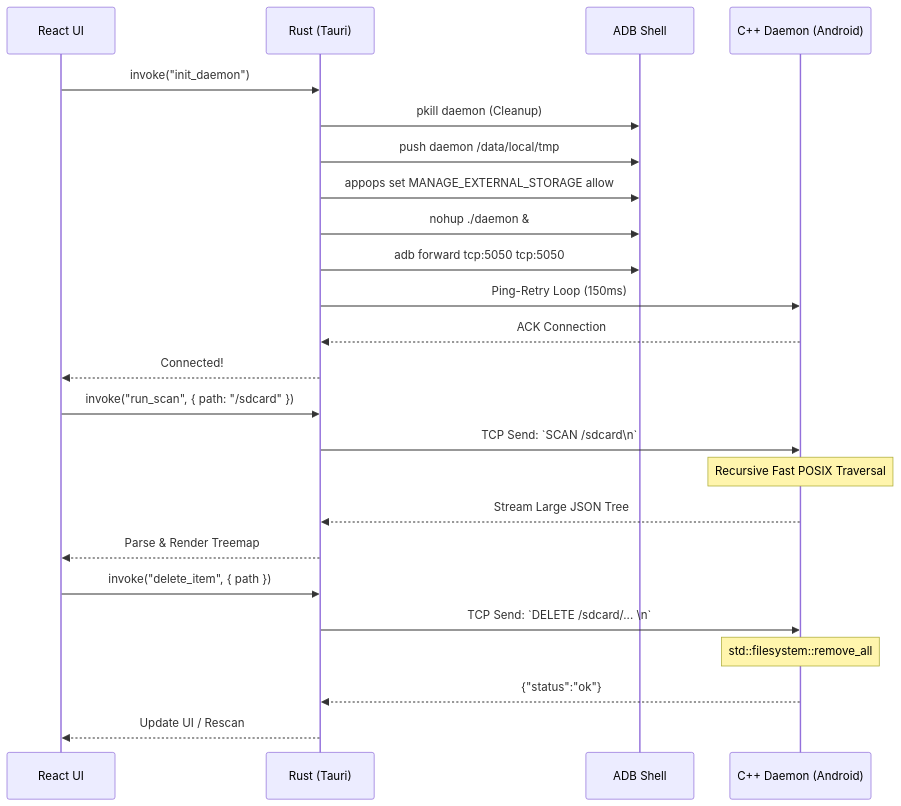
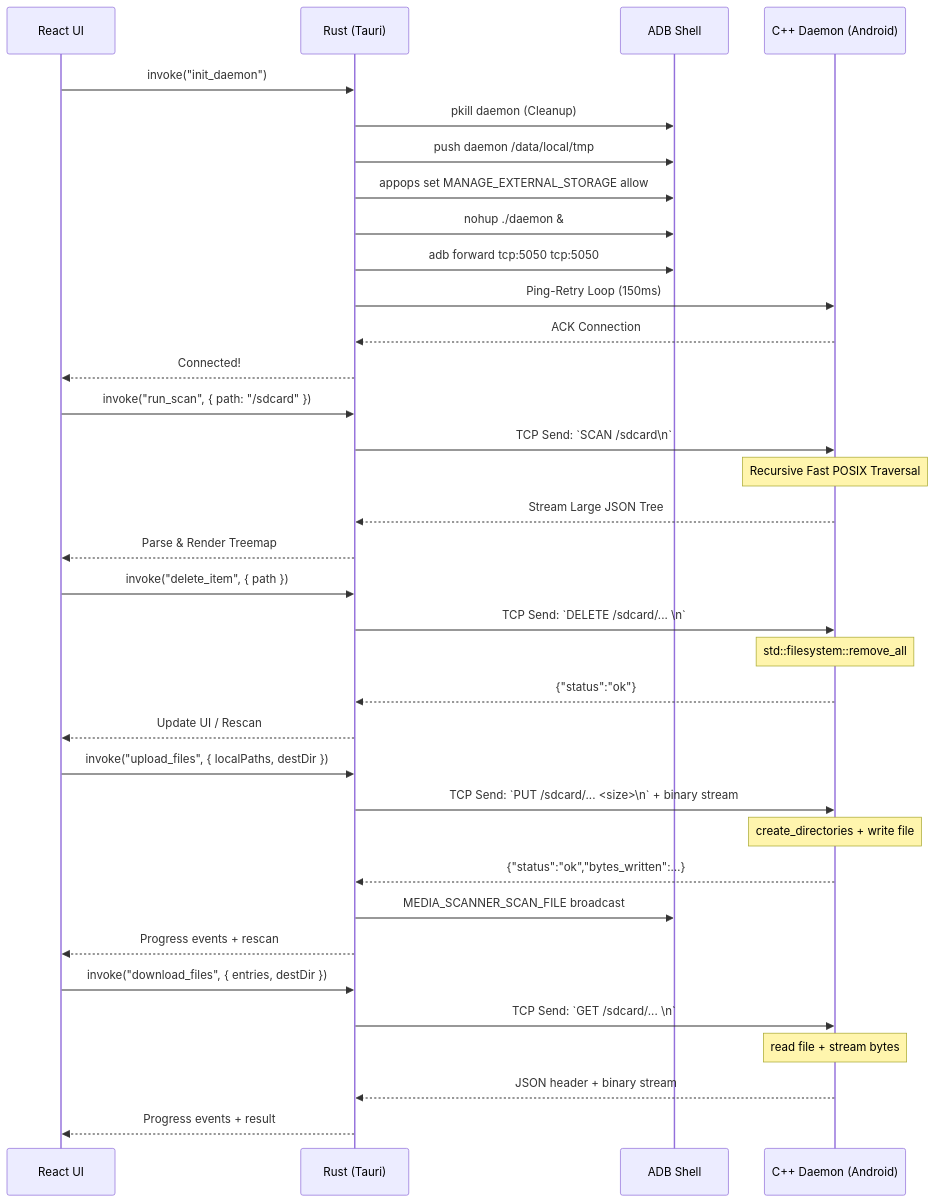
Before and after one commit to matu6968/SocketSweep: the second of 2 diagrams in README.md, drawn with Mermaid. The commit also changed other lines of this file and 10 other files, not shown here.

````diff
--- a/README.md
+++ b/README.md
@@ -143,32 +145,47 @@
 ```mermaid
 sequenceDiagram
     participant U as React UI
     participant R as Rust (Tauri)
     participant A as ADB Shell
     participant D as C++ Daemon (Android)
     
     %% Connect Phase
     U->>R: invoke("init_daemon")
     R->>A: pkill daemon (Cleanup)
     R->>A: push daemon /data/local/tmp
     R->>A: appops set MANAGE_EXTERNAL_STORAGE allow
     R->>A: nohup ./daemon &
     R->>A: adb forward tcp:5050 tcp:5050
     R->>D: Ping-Retry Loop (150ms)
     D-->>R: ACK Connection
     R-->>U: Connected!
     
     %% Scan Phase
     U->>R: invoke("run_scan", { path: "/sdcard" })
     R->>D: TCP Send: `SCAN /sdcard\n`
     Note over D: Recursive Fast POSIX Traversal
     D-->>R: Stream Large JSON Tree
     R-->>U: Parse & Render Treemap
     
     %% Delete Phase
     U->>R: invoke("delete_item", { path })
     R->>D: TCP Send: `DELETE /sdcard/... \n`
     Note over D: std::filesystem::remove_all
     D-->>R: {"status":"ok"}
     R-->>U: Update UI / Rescan
+
+    %% Upload Phase
+    U->>R: invoke("upload_files", { localPaths, destDir })
+    R->>D: TCP Send: `PUT /sdcard/... <size>\n` + binary stream
+    Note over D: create_directories + write file
+    D-->>R: {"status":"ok","bytes_written":…}
+    R->>A: MEDIA_SCANNER_SCAN_FILE broadcast
+    R-->>U: Progress events + rescan
+
+    %% Download Phase
+    U->>R: invoke("download_files", { entries, destDir })
+    R->>D: TCP Send: `GET /sdcard/... \n`
+    Note over D: read file + stream bytes
+    D-->>R: JSON header + binary stream
+    R-->>U: Progress events + result
 ```
````
